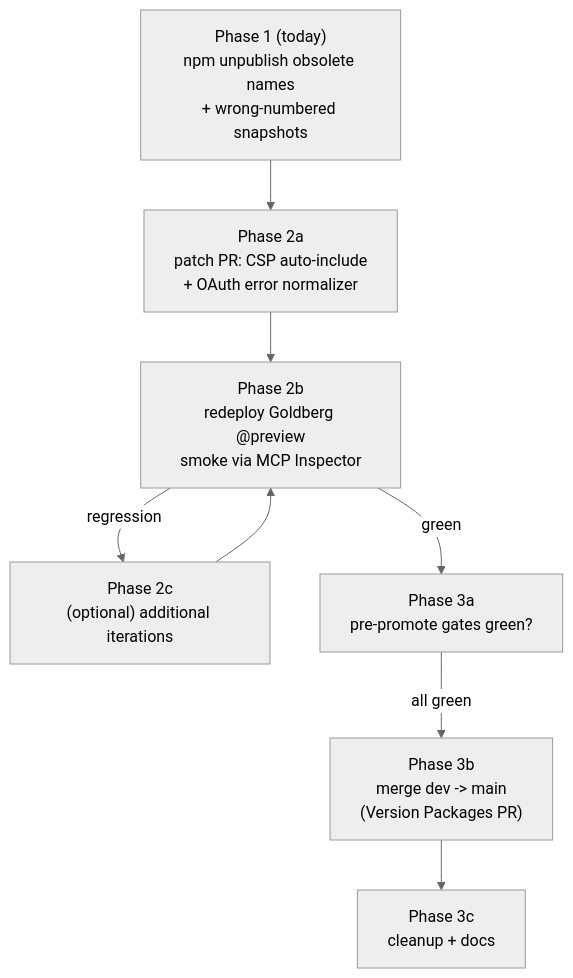
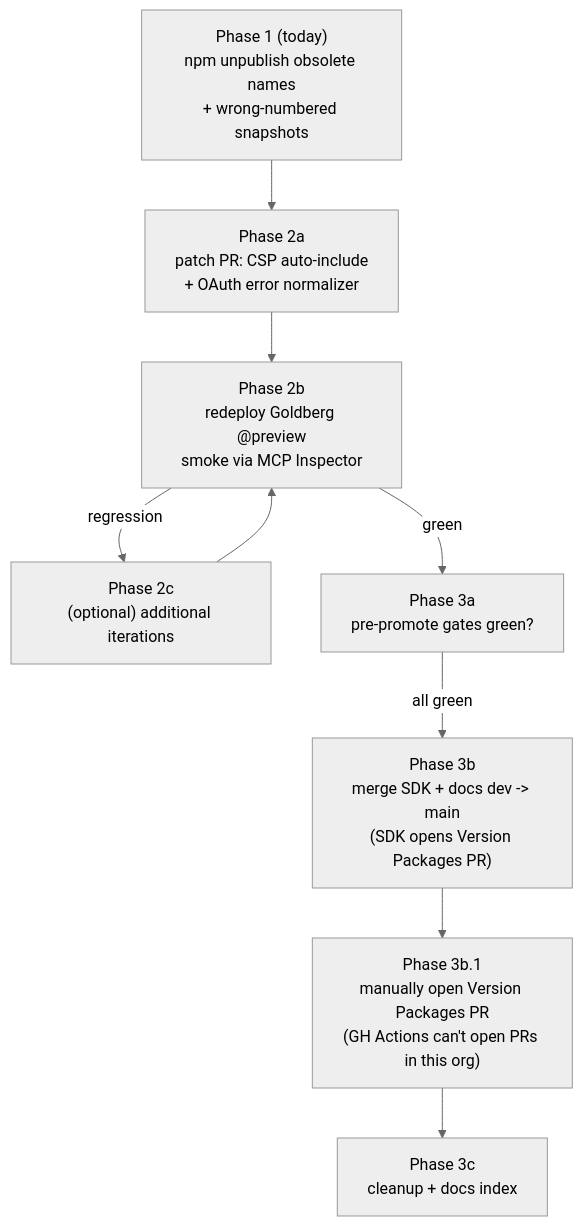
Before and after one commit to solvapay/solvapay-sdk: the second of 2 diagrams in .cursor/plans/preview_iteration_+_promote_roadmap_88a4eaa0.plan.md, drawn with Mermaid (neutral theme). The commit also changed other lines of this file, not shown here.

First line of the commit message:
docs(plans): close out Phase 3 promote + record paired docs release pattern

````diff
--- a/.cursor/plans/preview_iteration_+_promote_roadmap_88a4eaa0.plan.md
+++ b/.cursor/plans/preview_iteration_+_promote_roadmap_88a4eaa0.plan.md
@@ -277,18 +312,20 @@
 ```mermaid
 flowchart TD
   p1["Phase 1 (today)<br/>npm unpublish obsolete names<br/>+ wrong-numbered snapshots"]
   p2a["Phase 2a<br/>patch PR: CSP auto-include<br/>+ OAuth error normalizer"]
   p2b["Phase 2b<br/>redeploy Goldberg @preview<br/>smoke via MCP Inspector"]
   p2c["Phase 2c<br/>(optional) additional iterations"]
   p3a["Phase 3a<br/>pre-promote gates green?"]
-  p3b["Phase 3b<br/>merge dev -> main<br/>(Version Packages PR)"]
-  p3c["Phase 3c<br/>cleanup + docs"]
+  p3b["Phase 3b<br/>merge SDK + docs dev -> main<br/>(SDK opens Version Packages PR)"]
+  p3b1["Phase 3b.1<br/>manually open Version Packages PR<br/>(GH Actions can't open PRs in this org)"]
+  p3c["Phase 3c<br/>cleanup + docs index"]
 
   p1 --> p2a
   p2a --> p2b
   p2b -->|"green"| p3a
   p2b -->|"regression"| p2c
   p2c --> p2b
   p3a -->|"all green"| p3b
-  p3b --> p3c
+  p3b --> p3b1
+  p3b1 --> p3c
 ```
````
